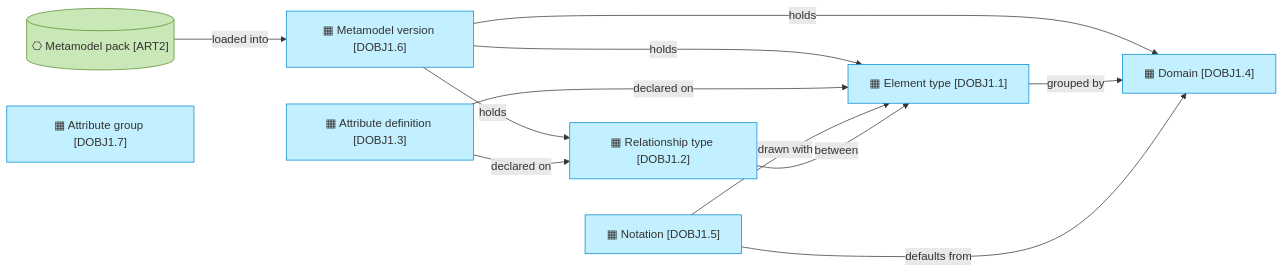
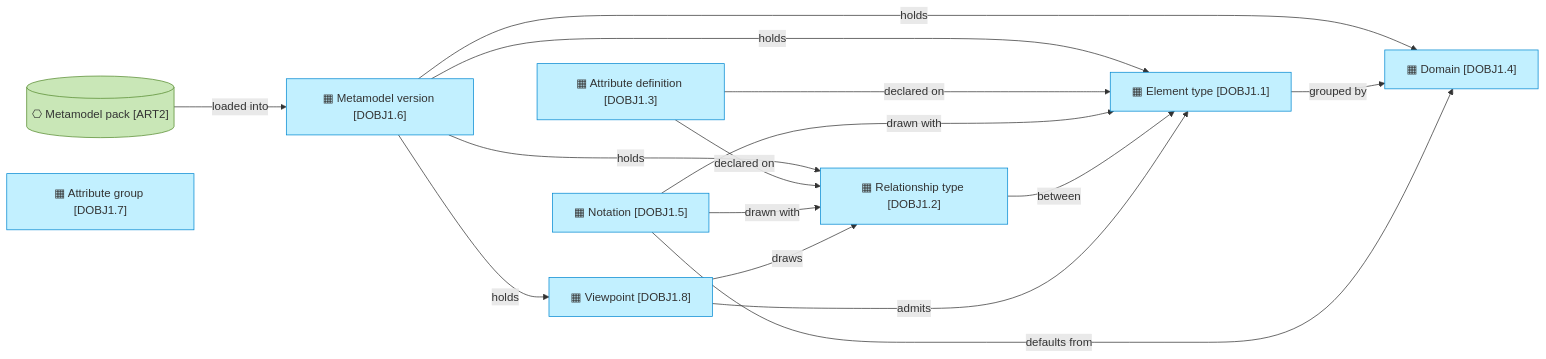
The second of 4 diagrams in architecture/3_information/1_data-objects.md (roanboc/dbx-enterprise-architecture), drawn with Mermaid before and after one commit. The commit also changed other lines of this file and 45 other files, not shown here.

````diff
--- a/architecture/3_information/1_data-objects.md
+++ b/architecture/3_information/1_data-objects.md
@@ -27,24 +27,29 @@
 ```mermaid
 flowchart LR
   pack[("⎔ Metamodel pack [ART2]")]:::technology
   et["▦ Element type [DOBJ1.1]"]:::application
   rt["▦ Relationship type [DOBJ1.2]"]:::application
   at["▦ Attribute definition [DOBJ1.3]"]:::application
   dom["▦ Domain [DOBJ1.4]"]:::application
   nota["▦ Notation [DOBJ1.5]"]:::application
   ver["▦ Metamodel version [DOBJ1.6]"]:::application
   grp["▦ Attribute group [DOBJ1.7]"]:::application
+  vp["▦ Viewpoint [DOBJ1.8]"]:::application
   pack -->|loaded into| ver
   ver -->|holds| et
   ver -->|holds| rt
   ver -->|holds| dom
+  ver -->|holds| vp
   at -->|declared on| et
   at -->|declared on| rt
   et -->|grouped by| dom
   nota -->|drawn with| et
+  nota -->|drawn with| rt
   nota -->|defaults from| dom
   rt -->|between| et
+  vp -->|admits| et
+  vp -->|draws| rt
 
   classDef application fill:#c2f0ff,stroke:#0288d1,color:#333
   classDef technology fill:#c9e7b7,stroke:#558b2f,color:#333
 ```
````
